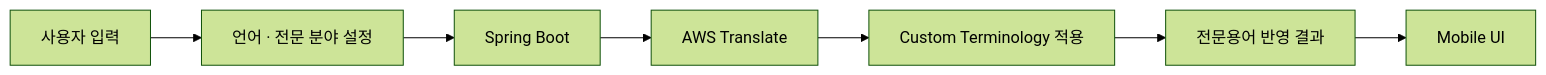
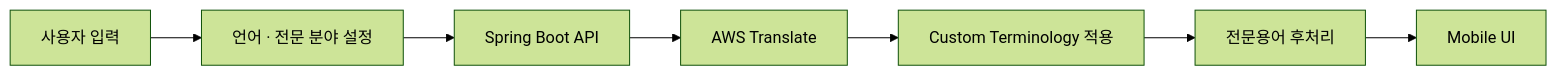
One commit to minjuko/transmate changed the second of 4 diagrams in README.md. Above: the diagram before and after it, drawn with Mermaid (forest theme). The commit also changed other lines of this file and 3 other files, not shown here.

````diff
--- a/README.md
+++ b/README.md
@@ -117,9 +89,9 @@
 ```mermaid
 flowchart LR
     A[사용자 입력] --> B[언어 · 전문 분야 설정]
-    B --> C[Spring Boot]
+    B --> C[Spring Boot API]
     C --> D[AWS Translate]
     D --> E[Custom Terminology 적용]
-    E --> F[전문용어 반영 결과]
+    E --> F[전문용어 후처리]
     F --> G[Mobile UI]
 ```
````
